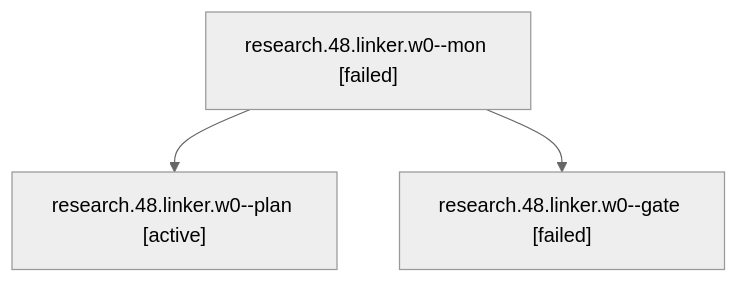
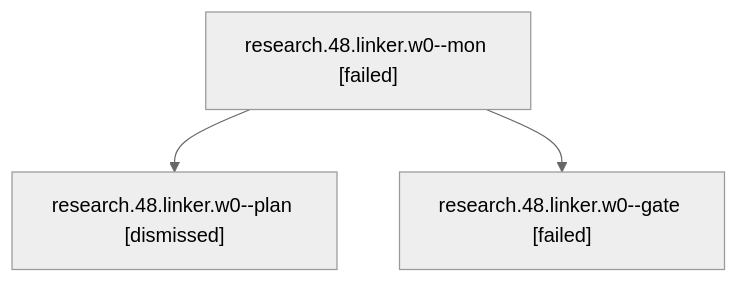
The diagram in sessions/bbugyi200.athena.research.48.linker.w0.md (bobs-org/bob-cli--agents), drawn with Mermaid (neutral theme) before and after one commit. The commit also changed other lines of this file and 602 other files, not shown here.

````diff
--- a/sessions/bbugyi200.athena.research.48.linker.w0.md
+++ b/sessions/bbugyi200.athena.research.48.linker.w0.md
@@ -9,8 +9,8 @@
 ```mermaid
 flowchart TD
   n0["research.48.linker.w0--mon [failed]"]
-  n1["research.48.linker.w0--plan [active]"]
+  n1["research.48.linker.w0--plan [dismissed]"]
   n0 --> n1
   n2["research.48.linker.w0--gate [failed]"]
   n0 --> n2
 ```
````
